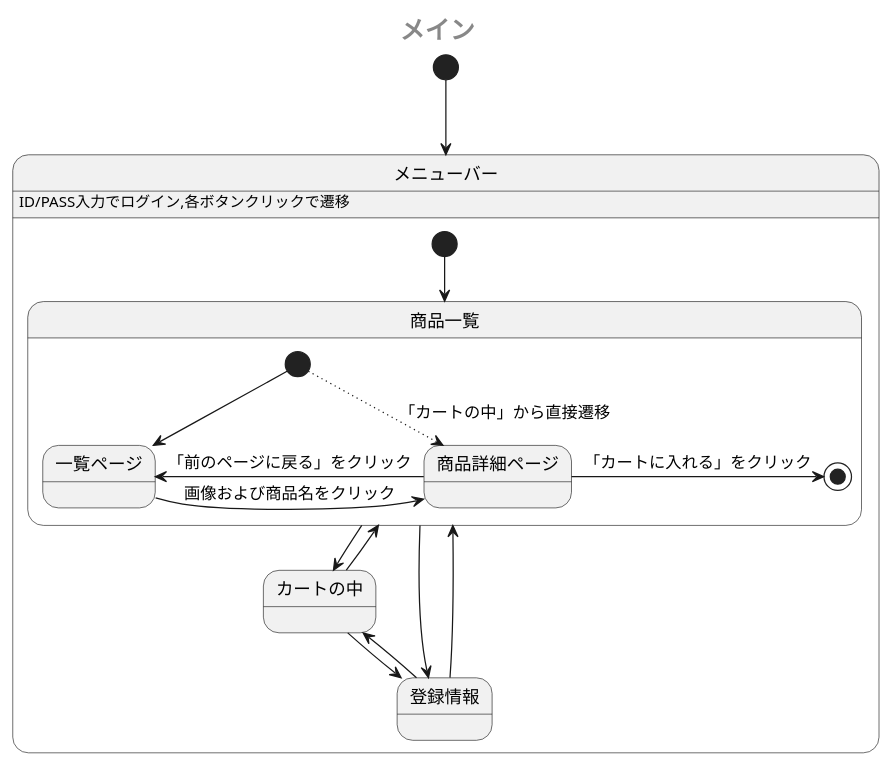
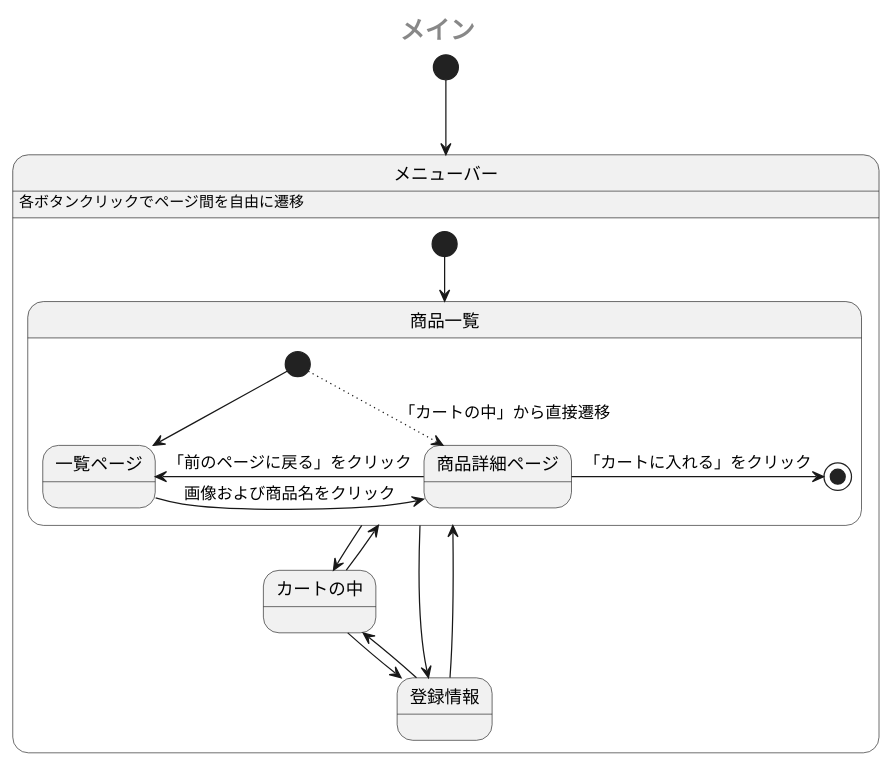
Before and after one commit to Aso2001385/2021sys-design: the first of 2 diagrams in sample/StateMachine.md, drawn with PlantUML.

````diff
--- a/sample/StateMachine.md
+++ b/sample/StateMachine.md
@@ -1,29 +1,29 @@
 ```uml
 @startuml
  center header <size:20><b>メイン</b></size>
  [*] --> メニューバー
  state メニューバー {
-   メニューバー: ID/PASS入力でログイン,各ボタンクリックで遷移
+   メニューバー: 各ボタンクリックでページ間を自由に遷移
    [*] --> 商品一覧
    state 商品一覧 {
     [*] --> 一覧ページ
     [*] -[dotted]-> 商品詳細ページ: 「カートの中」から直接遷移
     一覧ページ -right-> 商品詳細ページ: 画像および商品名をクリック
     商品詳細ページ -left-> 一覧ページ: 「前のページに戻る」をクリック
     商品詳細ページ -right-> [*]: 「カートに入れる」をクリック
     
    }
    商品一覧 -down-> カートの中
    カートの中 -up-> 商品一覧
    カートの中 -down-> 登録情報
    登録情報 -up-> カートの中
    商品一覧 -right-> 登録情報
    商品一覧 -[hidden]> 登録情報
    登録情報 -left-> 商品一覧
    登録情報 -[hidden]> 商品一覧
    
 
  }
  
 @enduml
 ```
````
